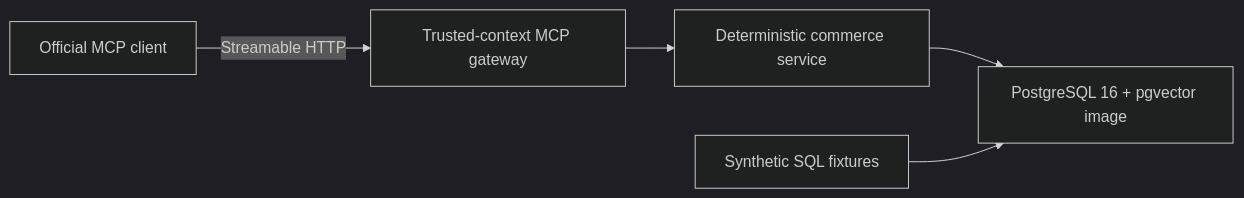
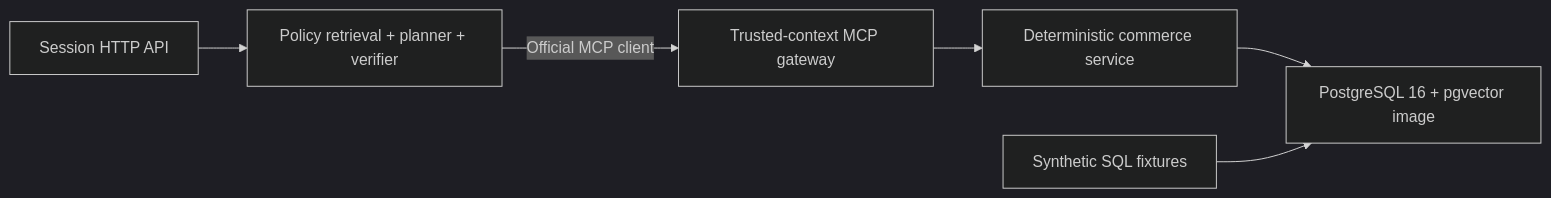
Before and after one commit to Yundi218/ActionGuard: the diagram in README.md, drawn with Mermaid (dark theme). The commit also changed other lines of this file and 10 other files, not shown here.

````diff
--- a/README.md
+++ b/README.md
@@ -24,7 +24,8 @@
 ```mermaid
 flowchart LR
-    C["Official MCP client"] -->|"Streamable HTTP"| G["Trusted-context MCP gateway"]
+    U["Session HTTP API"] --> O["Policy retrieval + planner + verifier"]
+    O -->|"Official MCP client"| G["Trusted-context MCP gateway"]
     G --> S["Deterministic commerce service"]
     S --> P["PostgreSQL 16 + pgvector image"]
     F["Synthetic SQL fixtures"] --> P
 ```
````
